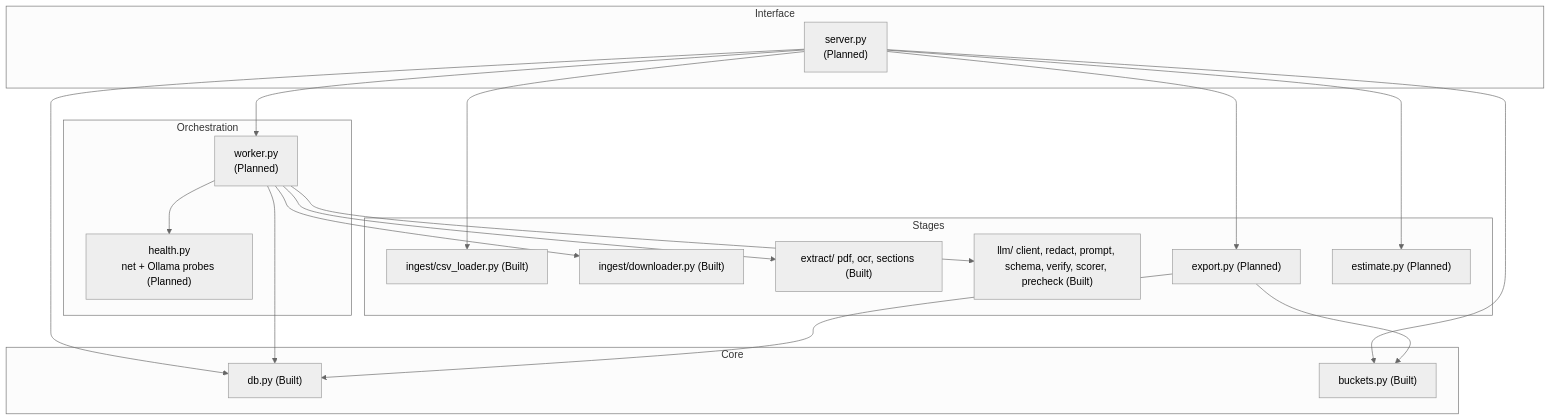
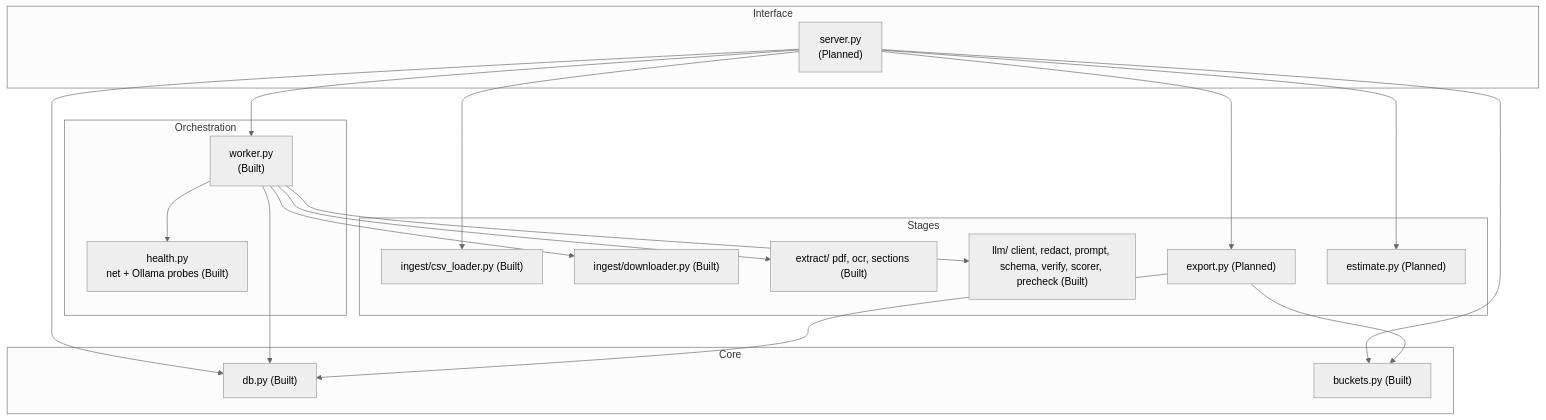
One commit to Aryan27-max/Atlas changed the third of 13 diagrams in ARCHITECTURE.md. Above: the diagram before and after it, drawn with Mermaid (neutral theme). The commit also changed other lines of this file and 15 other files, not shown here.

````diff
--- a/ARCHITECTURE.md
+++ b/ARCHITECTURE.md
@@ -118,36 +118,36 @@
 ```mermaid
 flowchart TB
     subgraph L1["Interface"]
         server["server.py<br/>(Planned)"]
     end
     subgraph L2["Orchestration"]
-        worker["worker.py<br/>(Planned)"]
-        health["health.py<br/>net + Ollama probes (Planned)"]
+        worker["worker.py<br/>(Built)"]
+        health["health.py<br/>net + Ollama probes (Built)"]
     end
     subgraph L3["Stages"]
         csvl["ingest/csv_loader.py (Built)"]
         dl["ingest/downloader.py (Built)"]
         ext["extract/ pdf, ocr, sections (Built)"]
         llm["llm/ client, redact, prompt, schema, verify, scorer, precheck (Built)"]
         exp["export.py (Planned)"]
         est["estimate.py (Planned)"]
     end
     subgraph L4["Core"]
         db["db.py (Built)"]
         buckets["buckets.py (Built)"]
     end
 
     server --> worker
     server --> db
     server --> buckets
     server --> csvl
     server --> exp
     server --> est
     worker --> health
     worker --> dl
     worker --> ext
     worker --> llm
     worker --> db
     exp --> db
     exp --> buckets
 ```
````
